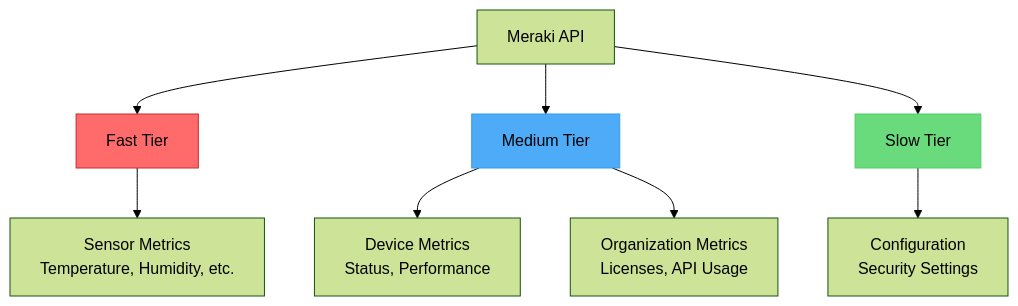
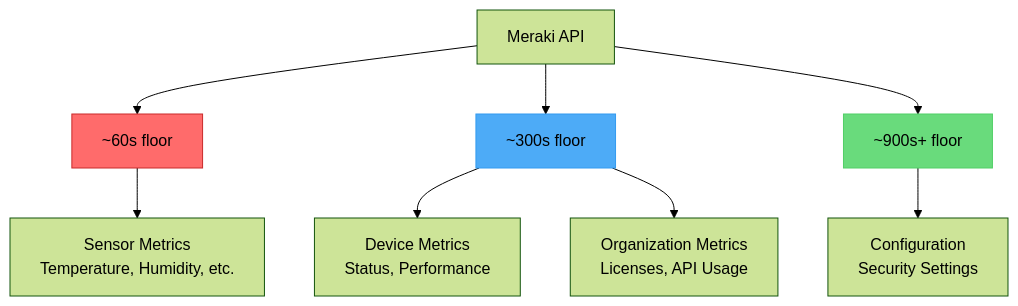
One commit to rknightion/meraki-dashboard-exporter changed the diagram in docs/metrics/overview.md. Above: the diagram before and after it, drawn with Mermaid (forest theme). The commit also changed other lines of this file and 126 other files, not shown here.

````diff
--- a/docs/metrics/overview.md
+++ b/docs/metrics/overview.md
@@ -19,15 +26,15 @@
 ```mermaid
 graph TD
-    A[Meraki API] --> B[Fast Tier]
-    A --> C[Medium Tier]
-    A --> D[Slow Tier]
+    A[Meraki API] --> B[~60s floor]
+    A --> C[~300s floor]
+    A --> D[~900s+ floor]
 
     B --> E[Sensor Metrics<br/>Temperature, Humidity, etc.]
     C --> F[Device Metrics<br/>Status, Performance]
     C --> G[Organization Metrics<br/>Licenses, API Usage]
     D --> H[Configuration<br/>Security Settings]
 
     style B fill:#ff6b6b,stroke:#c92a2a
     style C fill:#4dabf7,stroke:#339af0
     style D fill:#69db7c,stroke:#51cf66
 ```
````
